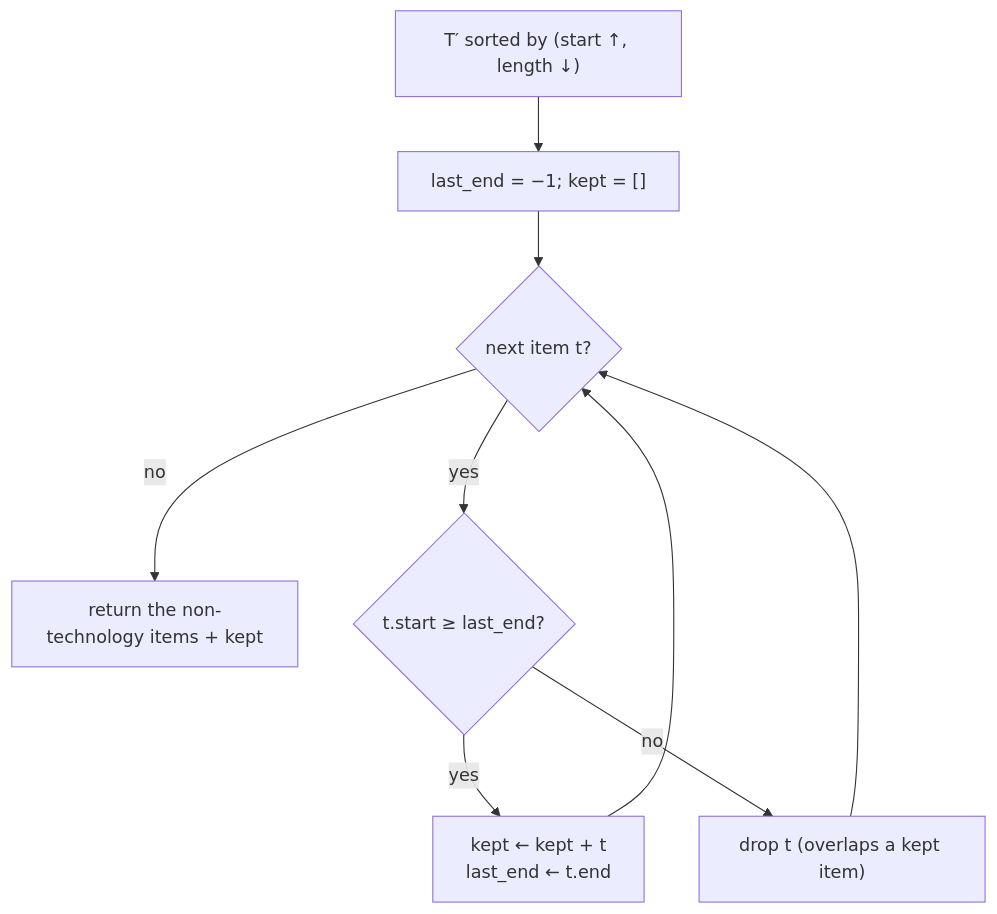
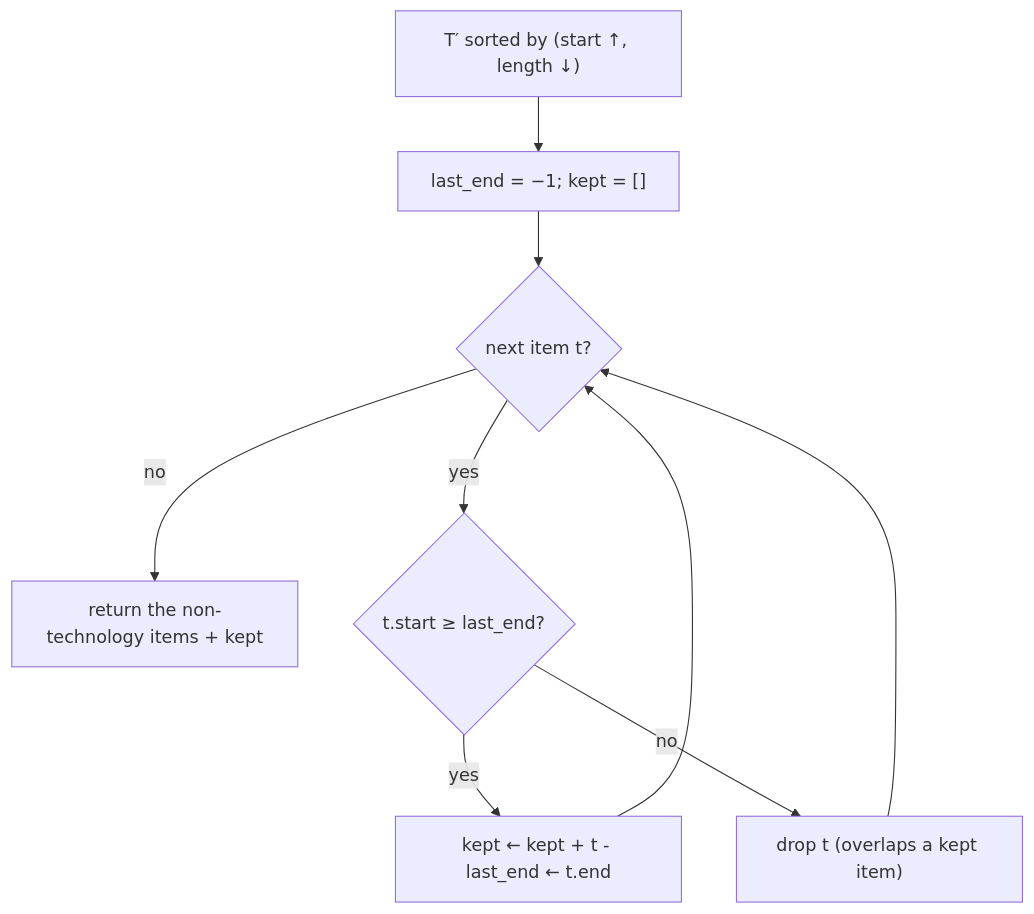
Diagram 38 of 39 in docs/stage1_regex.md (JuanJoe-18/DiscreteIII-Integrative-Task-VictorTeam), drawn with Mermaid before and after one commit. The commit also changed other lines of this file, not shown here.

````diff
--- a/docs/stage1_regex.md
+++ b/docs/stage1_regex.md
@@ -3114,11 +3115,11 @@
 ```mermaid
 flowchart TD
     S["T′ sorted by (start ↑, length ↓)"] --> L["last_end = −1; kept = []"]
     L --> N{"next item t?"}
     N -->|no| Z["return the non-technology items + kept"]
     N -->|yes| Q{"t.start ≥ last_end?"}
-    Q -->|yes| K["kept ← kept + t<br/>last_end ← t.end"]
+    Q -->|yes| K["kept ← kept + t - last_end ← t.end"]
     Q -->|no| D["drop t (overlaps a kept item)"]
     K --> N
     D --> N
 ```
````
